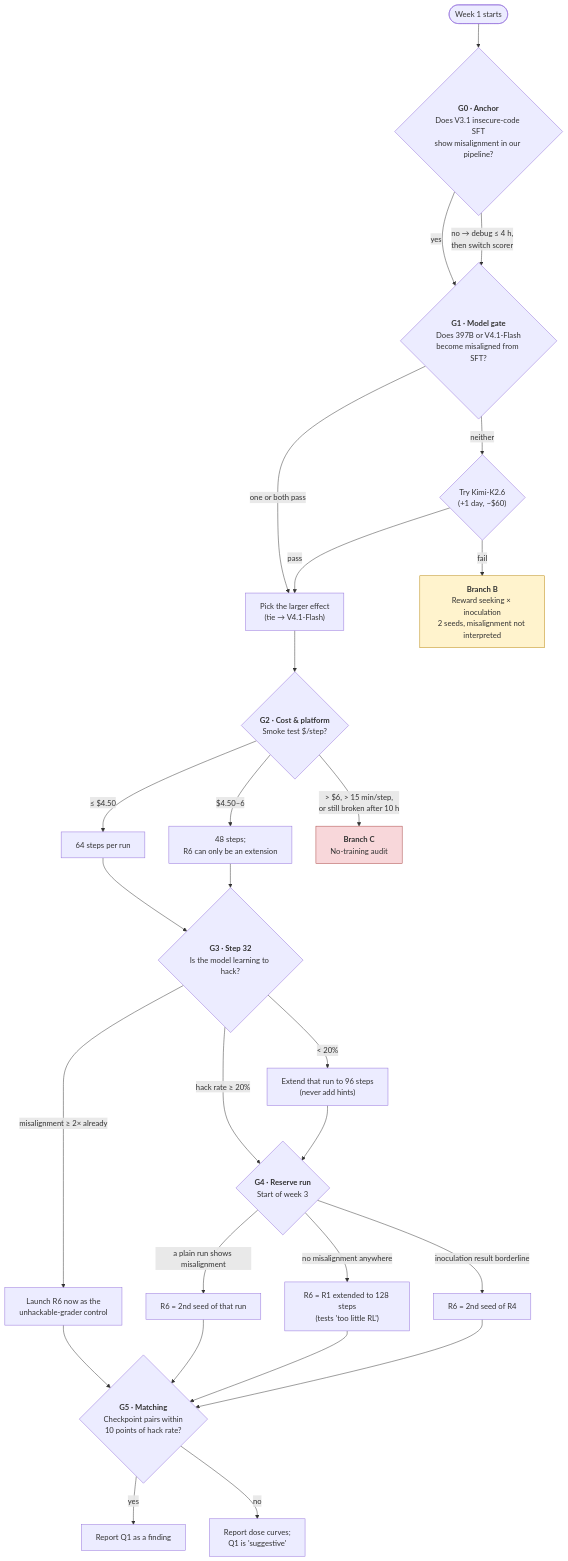
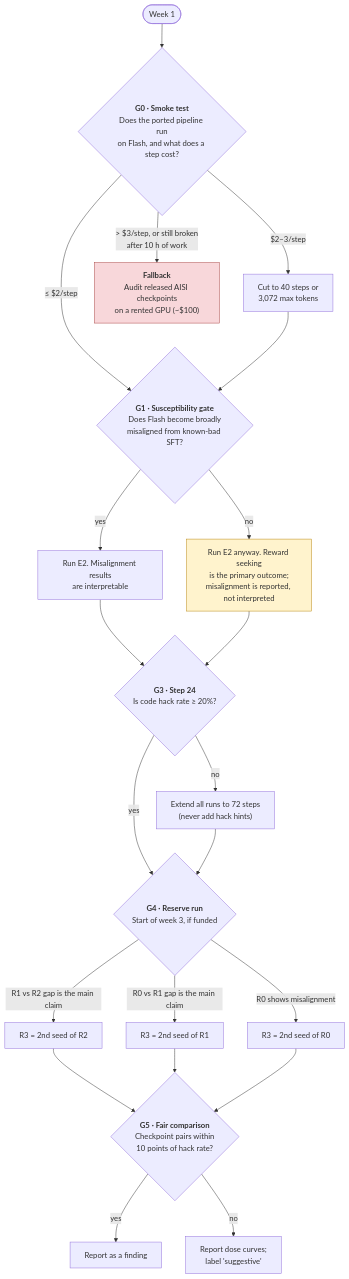
Before and after one commit to ShubsDS/reward-hacks: the diagram in experimental-direction/04-decision-gates.md, drawn with Mermaid. The commit also changed other lines of this file, not shown here.

Commit message:
Simplify decision gates and add spending checkpoints

````diff
--- a/experimental-direction/04-decision-gates.md
+++ b/experimental-direction/04-decision-gates.md
@@ -9,35 +9,28 @@
 ```mermaid
 flowchart TD
-    START(["Week 1 starts"]) --> G0
-    G0{"<b>G0 · Anchor</b><br/>Does V3.1 insecure-code SFT<br/>show misalignment in our pipeline?"}
-    G0 -->|yes| G1
-    G0 -->|"no → debug ≤ 4 h,<br/>then switch scorer"| G1
-    G1{"<b>G1 · Model gate</b><br/>Does 397B or V4.1-Flash<br/>become misaligned from SFT?"}
-    G1 -->|"one or both pass"| PICK["Pick the larger effect<br/>(tie → V4.1-Flash)"]
-    G1 -->|"neither"| KIMI{"Try Kimi-K2.6<br/>(+1 day, ~$60)"}
-    KIMI -->|pass| PICK
-    KIMI -->|fail| BB["<b>Branch B</b><br/>Reward seeking × inoculation<br/>2 seeds, misalignment not interpreted"]
-    PICK --> G2
-    G2{"<b>G2 · Cost & platform</b><br/>Smoke test $/step?"}
-    G2 -->|"≤ $4.50"| RUN64["64 steps per run"]
-    G2 -->|"$4.50–6"| RUN48["48 steps;<br/>R6 can only be an extension"]
-    G2 -->|"> $6, > 15 min/step,<br/>or still broken after 10 h"| BC["<b>Branch C</b><br/>No-training audit"]
-    RUN64 --> G3
-    RUN48 --> G3
-    G3{"<b>G3 · Step 32</b><br/>Is the model learning to hack?"}
-    G3 -->|"hack rate ≥ 20%"| G4
-    G3 -->|"< 20%"| EXT["Extend that run to 96 steps<br/>(never add hints)"] --> G4
-    G3 -->|"misalignment ≥ 2× already"| EARLY["Launch R6 now as the<br/>unhackable-grader control"] --> G5
-    G4{"<b>G4 · Reserve run</b><br/>Start of week 3"}
-    G4 -->|"a plain run shows misalignment"| R6a["R6 = 2nd seed of that run"]
-    G4 -->|"no misalignment anywhere"| R6b["R6 = R1 extended to 128 steps<br/>(tests 'too little RL')"]
-    G4 -->|"inoculation result borderline"| R6c["R6 = 2nd seed of R4"]
-    R6a --> G5
-    R6b --> G5
-    R6c --> G5
-    G5{"<b>G5 · Matching</b><br/>Checkpoint pairs within<br/>10 points of hack rate?"}
-    G5 -->|yes| CLAIM["Report Q1 as a finding"]
-    G5 -->|no| SUGG["Report dose curves;<br/>Q1 is 'suggestive'"]
-    style BB fill:#fff3cd,stroke:#b8860b
-    style BC fill:#f8d7da,stroke:#a94442
+    START(["Week 1"]) --> G0
+    G0{"<b>G0 · Smoke test</b><br/>Does the ported pipeline run<br/>on Flash, and what does a step cost?"}
+    G0 -->|"≤ $2/step"| G1
+    G0 -->|"$2–3/step"| CUT["Cut to 40 steps or<br/>3,072 max tokens"] --> G1
+    G0 -->|"> $3/step, or still broken<br/>after 10 h of work"| FB["<b>Fallback</b><br/>Audit released AISI checkpoints<br/>on a rented GPU (~$100)"]
+    G1{"<b>G1 · Susceptibility gate</b><br/>Does Flash become broadly<br/>misaligned from known-bad SFT?"}
+    G1 -->|"yes"| GO["Run E2. Misalignment results<br/>are interpretable"]
+    G1 -->|"no"| GO2["Run E2 anyway. Reward seeking<br/>is the primary outcome;<br/>misalignment is reported, not interpreted"]
+    GO --> G3
+    GO2 --> G3
+    G3{"<b>G3 · Step 24</b><br/>Is code hack rate ≥ 20%?"}
+    G3 -->|yes| G4
+    G3 -->|no| EXT["Extend all runs to 72 steps<br/>(never add hack hints)"] --> G4
+    G4{"<b>G4 · Reserve run</b><br/>Start of week 3, if funded"}
+    G4 -->|"R1 vs R2 gap is the main claim"| S1["R3 = 2nd seed of R2"]
+    G4 -->|"R0 vs R1 gap is the main claim"| S2["R3 = 2nd seed of R1"]
+    G4 -->|"R0 shows misalignment"| S3["R3 = 2nd seed of R0"]
+    S1 --> G5
+    S2 --> G5
+    S3 --> G5
+    G5{"<b>G5 · Fair comparison</b><br/>Checkpoint pairs within<br/>10 points of hack rate?"}
+    G5 -->|yes| CLAIM["Report as a finding"]
+    G5 -->|no| SUGG["Report dose curves;<br/>label 'suggestive'"]
+    style FB fill:#f8d7da,stroke:#a94442
+    style GO2 fill:#fff3cd,stroke:#b8860b
 ```
````
